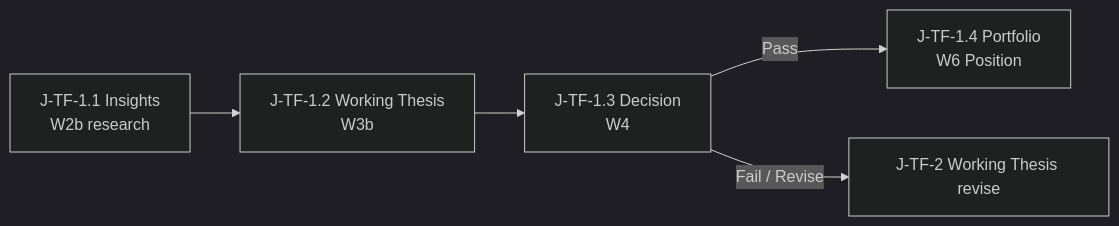
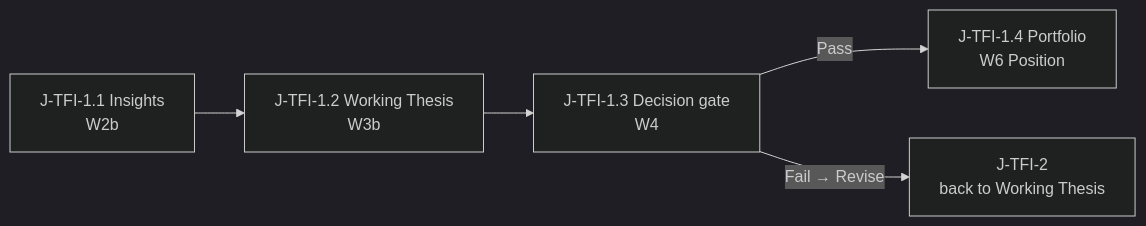
The diagram in docs/system/USER_JOURNEYS_WITH_WIREFRAMES.md (d-dragon/dp-stock-investment-assistant), drawn with Mermaid (dark theme) before and after one commit. The commit also changed other lines of this file and 11 other files, not shown here.

````diff
--- a/docs/system/USER_JOURNEYS_WITH_WIREFRAMES.md
+++ b/docs/system/USER_JOURNEYS_WITH_WIREFRAMES.md
@@ -63,7 +69,7 @@
 ```mermaid
 flowchart LR
-  S1["J-TF-1.1 Insights<br/>W2b research"] --> S2["J-TF-1.2 Working Thesis<br/>W3b"]
-  S2 --> S3["J-TF-1.3 Decision<br/>W4"]
-  S3 -->|Pass| S4["J-TF-1.4 Portfolio<br/>W6 Position"]
-  S3 -->|Fail / Revise| F["J-TF-2 Working Thesis revise"]
+  S1["J-TFI-1.1 Insights<br/>W2b"] --> S2["J-TFI-1.2 Working Thesis<br/>W3b"]
+  S2 --> S3["J-TFI-1.3 Decision gate<br/>W4"]
+  S3 -->|Pass| S4["J-TFI-1.4 Portfolio<br/>W6 Position"]
+  S3 -->|"Fail → Revise"| F["J-TFI-2<br/>back to Working Thesis"]
 ```
````
